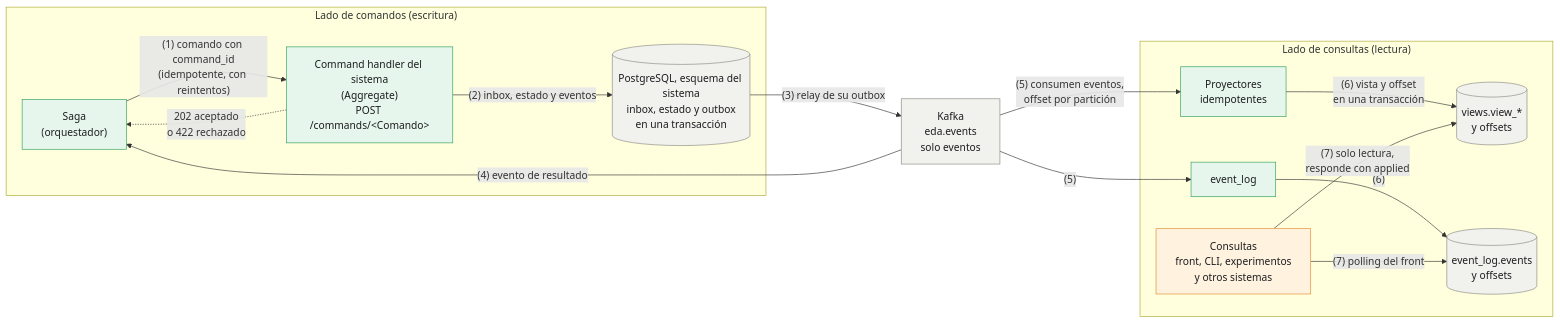
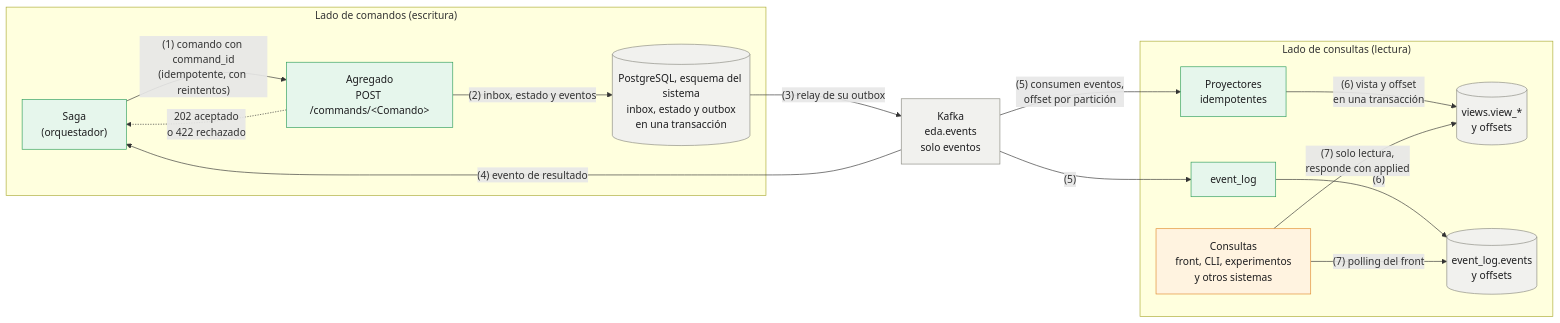
One commit to whinedo/eda-retail changed the third of 3 diagrams in docs/README.md. Above: the diagram before and after it, drawn with Mermaid. The commit also changed other lines of this file, not shown here.

Commit message:
docs(readme): show agents, aggregates and CQRS queries in the diagrams, not command handlers

````diff
--- a/docs/README.md
+++ b/docs/README.md
@@ -121,33 +121,33 @@
 ```mermaid
 flowchart LR
   subgraph CMD["Lado de comandos (escritura)"]
     SG["Saga<br/>(orquestador)"]
-    CH["Command handler del sistema<br/>(Aggregate)<br/>POST /commands/#lt;Comando#gt;"]
+    AG["Agregado<br/>POST /commands/#lt;Comando#gt;"]
     TX[("PostgreSQL, esquema del sistema<br/>inbox, estado y outbox<br/>en una transacción")]
   end
   K["Kafka<br/>eda.events<br/>solo eventos"]
   subgraph QRY["Lado de consultas (lectura)"]
     P["Proyectores<br/>idempotentes"]
     V[("views.view_*<br/>y offsets")]
     EL["event_log"]
     EV[("event_log.events<br/>y offsets")]
     Q["Consultas<br/>front, CLI, experimentos<br/>y otros sistemas"]
   end
-  SG -- "(1) comando con command_id<br/>(idempotente, con reintentos)" --> CH
-  CH -- "(2) inbox, estado y eventos" --> TX
-  CH -. "202 aceptado<br/>o 422 rechazado" .-> SG
+  SG -- "(1) comando con command_id<br/>(idempotente, con reintentos)" --> AG
+  AG -- "(2) inbox, estado y eventos" --> TX
+  AG -. "202 aceptado<br/>o 422 rechazado" .-> SG
   TX -- "(3) relay de su outbox" --> K
   K -- "(4) evento de resultado" --> SG
   K -- "(5) consumen eventos,<br/>offset por partición" --> P
   K -- "(5)" --> EL
   P -- "(6) vista y offset<br/>en una transacción" --> V
   EL -- "(6)" --> EV
   Q -- "(7) solo lectura,<br/>responde con applied" --> V
   Q -- "(7) polling del front" --> EV
   classDef code fill:#E6F6EC,stroke:#2E9E5B,color:#1d1d1f
   classDef data fill:#F1F1EE,stroke:#8A8A80,color:#1d1d1f
   classDef ext fill:#FFF3E0,stroke:#E08A2B,color:#1d1d1f
-  class SG,CH,P,EL code
+  class SG,AG,P,EL code
   class TX,V,K,EV data
   class Q ext
 ```
````
